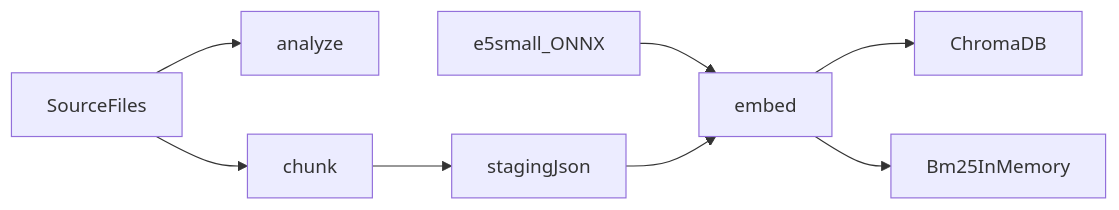
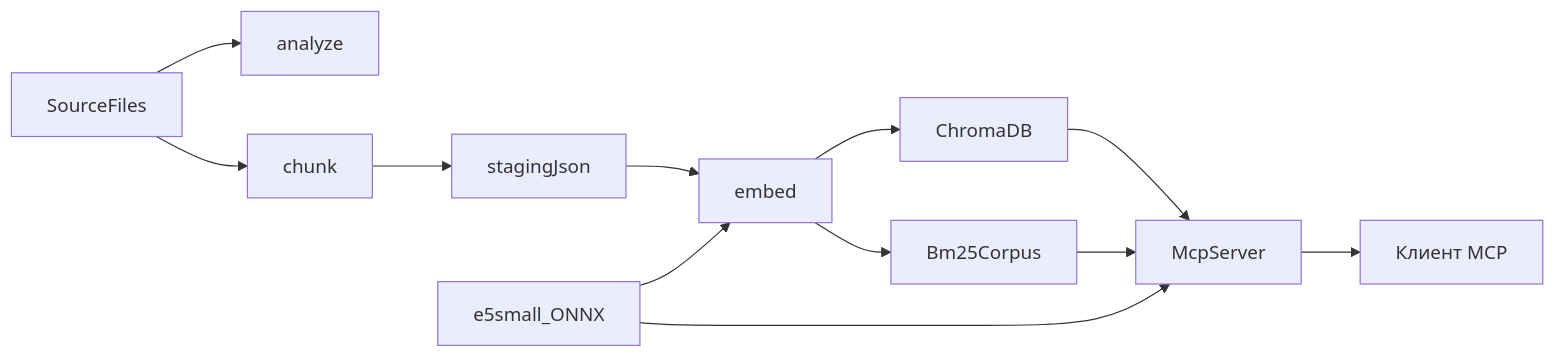
The second of 2 diagrams in README.md (luna-pulse/MCP.RAG.StarTrek), drawn with Mermaid before and after one commit. The commit also changed other lines of this file and 5 other files, not shown here.

Commit message:
Record how the indexer and MCP server fit together, and update the overview and presentation to match.

````diff
--- a/README.md
+++ b/README.md
@@ -92,10 +124,14 @@
 ```mermaid
 flowchart LR
   sourceFiles[SourceFiles] --> analyze[analyze]
   sourceFiles --> chunk[chunk]
   chunk --> staging[stagingJson]
   onnx[e5small_ONNX] --> embed[embed]
   staging --> embed
   embed --> chroma[ChromaDB]
-  embed --> bm25[Bm25InMemory]
+  embed --> bm25[Bm25Corpus]
+  bm25 --> mcp[McpServer]
+  chroma --> mcp
+  onnx --> mcp
+  mcp --> client[Клиент MCP]
 ```
````
